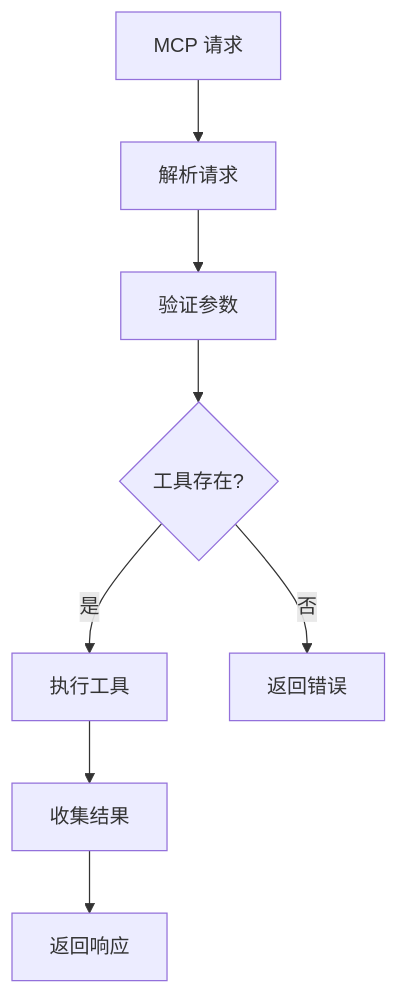
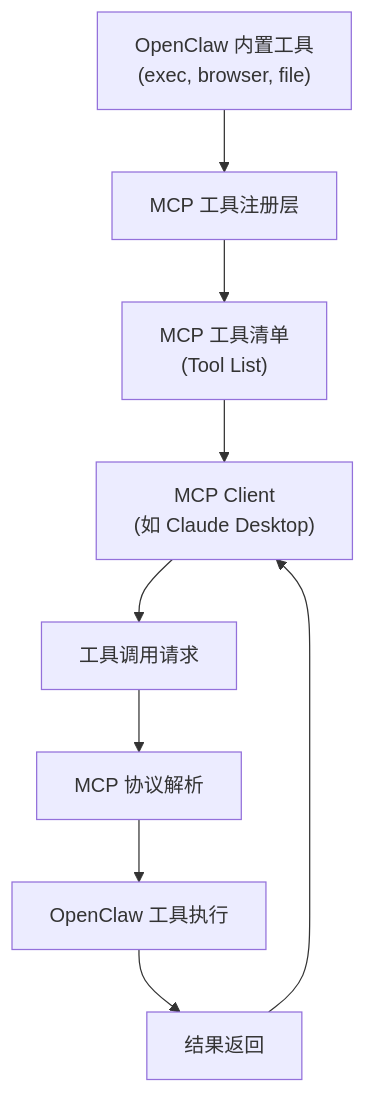
One commit to zenHeart/learn-ai changed the fourth of 5 diagrams in docs/zh/products/automation/openclaw/source-code/mcp.md. Above: the diagram before and after it, drawn with Mermaid. The commit also changed other lines of this file and 10 other files, not shown here.

````diff
--- a/docs/zh/products/automation/openclaw/source-code/mcp.md
+++ b/docs/zh/products/automation/openclaw/source-code/mcp.md
@@ -98,10 +247,12 @@
 ```mermaid
 flowchart TD
-    A["MCP 请求"] --> B["解析请求"]
-    B --> C["验证参数"]
-    C --> D{"工具存在?"}
-    D -->|"是"| E["执行工具"]
-    D -->|"否"| F["返回错误"]
-    E --> G["收集结果"]
-    G --> H["返回响应"]
+    A["OpenClaw 内置工具\n(exec, browser, file)"] --> B["MCP 工具注册层"]
+    B --> C["MCP 工具清单\n(Tool List)"]
+    C --> D["MCP Client\n(如 Claude Desktop)"]
+    
+    D --> E["工具调用请求"]
+    E --> F["MCP 协议解析"]
+    F --> G["OpenClaw 工具执行"]
+    G --> H["结果返回"]
+    H --> D
 ```
````
